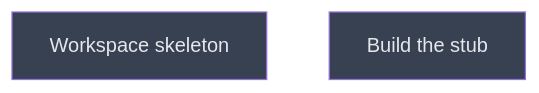
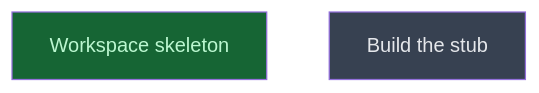
Before and after one commit to CrackingShells/cracking-shells-playbook: the diagram in __roadmap__/m0-feasibility-spike/README.md, drawn with Mermaid. The commit also changed other lines of this file, not shown here.

Commit message:
chore(roadmap): mark the m0 workspace skeleton done

````diff
--- a/__roadmap__/m0-feasibility-spike/README.md
+++ b/__roadmap__/m0-feasibility-spike/README.md
@@ -50,10 +50,10 @@
 ```mermaid
 graph TD
-    workspace_skeleton[Workspace skeleton]:::planned
+    workspace_skeleton[Workspace skeleton]:::done
     build[Build the stub]:::planned
     classDef done       fill:#166534,color:#bbf7d0
     classDef inprogress fill:#854d0e,color:#fef08a
     classDef planned    fill:#374151,color:#e5e7eb
     classDef amendment  fill:#1e3a5f,color:#bfdbfe
     classDef blocked    fill:#7f1d1d,color:#fecaca
 ```
````
